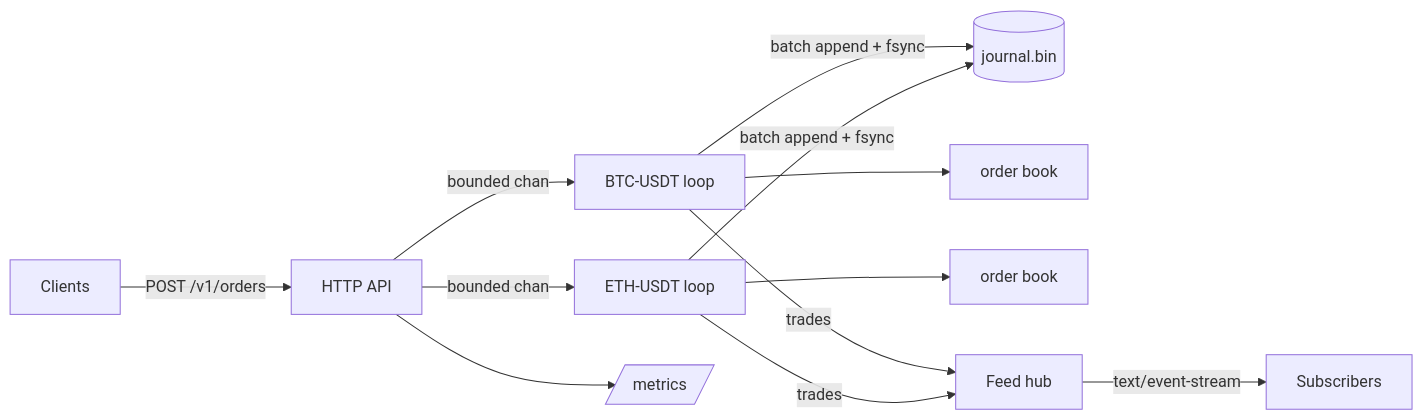
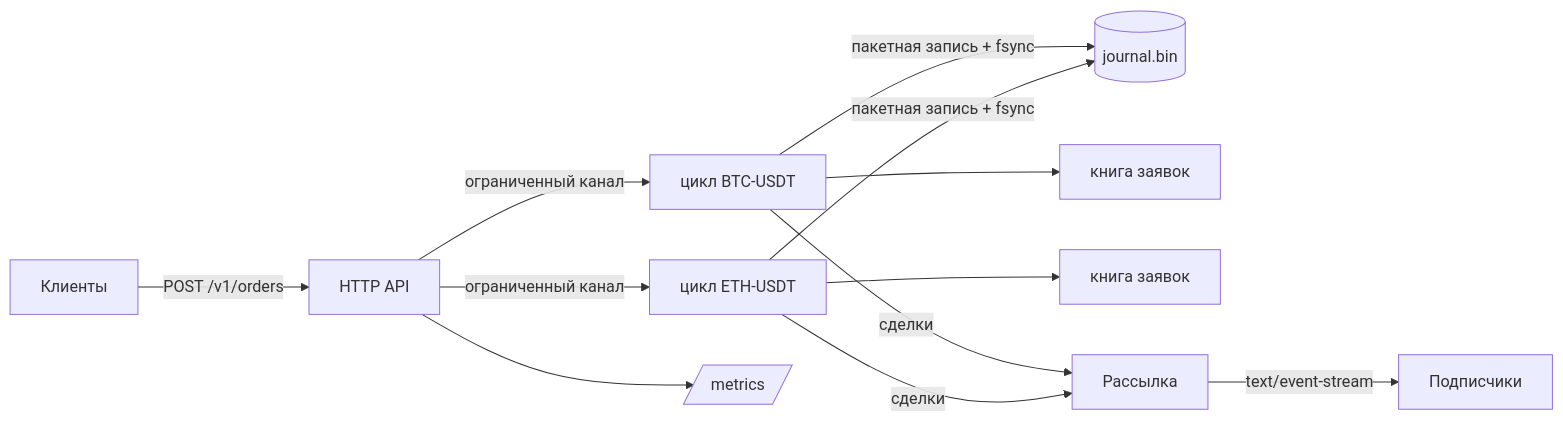
One commit to YoungOver/orderbook-engine changed the diagram in README.md. Above: the diagram before and after it, drawn with Mermaid. The commit also changed other lines of this file, not shown here.

````diff
--- a/README.md
+++ b/README.md
@@ -31,14 +42,14 @@
 ```mermaid
 flowchart LR
-    C[Clients] -->|POST /v1/orders| API[HTTP API]
-    API -->|bounded chan| L1[BTC-USDT loop]
-    API -->|bounded chan| L2[ETH-USDT loop]
-    L1 -->|batch append + fsync| J[(journal.bin)]
-    L2 -->|batch append + fsync| J
-    L1 --> B1[order book]
-    L2 --> B2[order book]
-    L1 -->|trades| H[Feed hub]
-    L2 -->|trades| H
-    H -->|text/event-stream| S[Subscribers]
+    C[Клиенты] -->|POST /v1/orders| API[HTTP API]
+    API -->|ограниченный канал| L1[цикл BTC-USDT]
+    API -->|ограниченный канал| L2[цикл ETH-USDT]
+    L1 -->|пакетная запись + fsync| J[(journal.bin)]
+    L2 -->|пакетная запись + fsync| J
+    L1 --> B1[книга заявок]
+    L2 --> B2[книга заявок]
+    L1 -->|сделки| H[Рассылка]
+    L2 -->|сделки| H
+    H -->|text/event-stream| S[Подписчики]
     API --> M[/metrics/]
 ```
````
